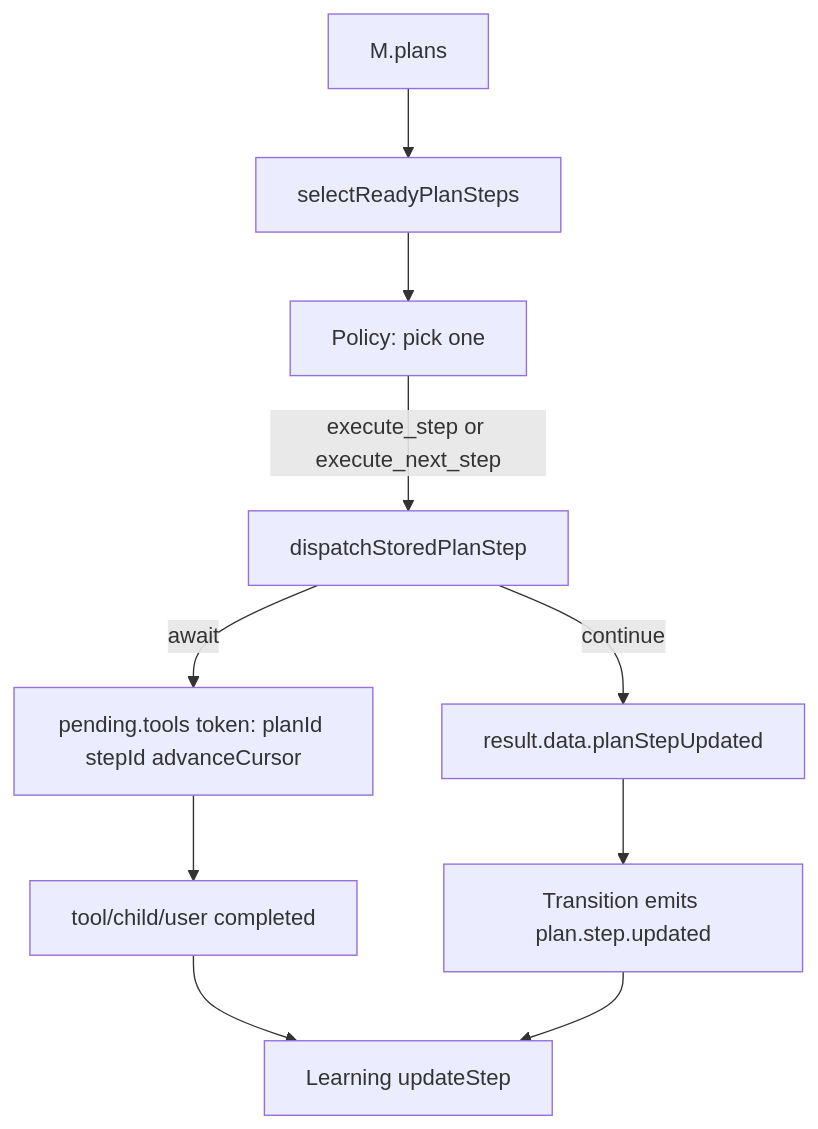
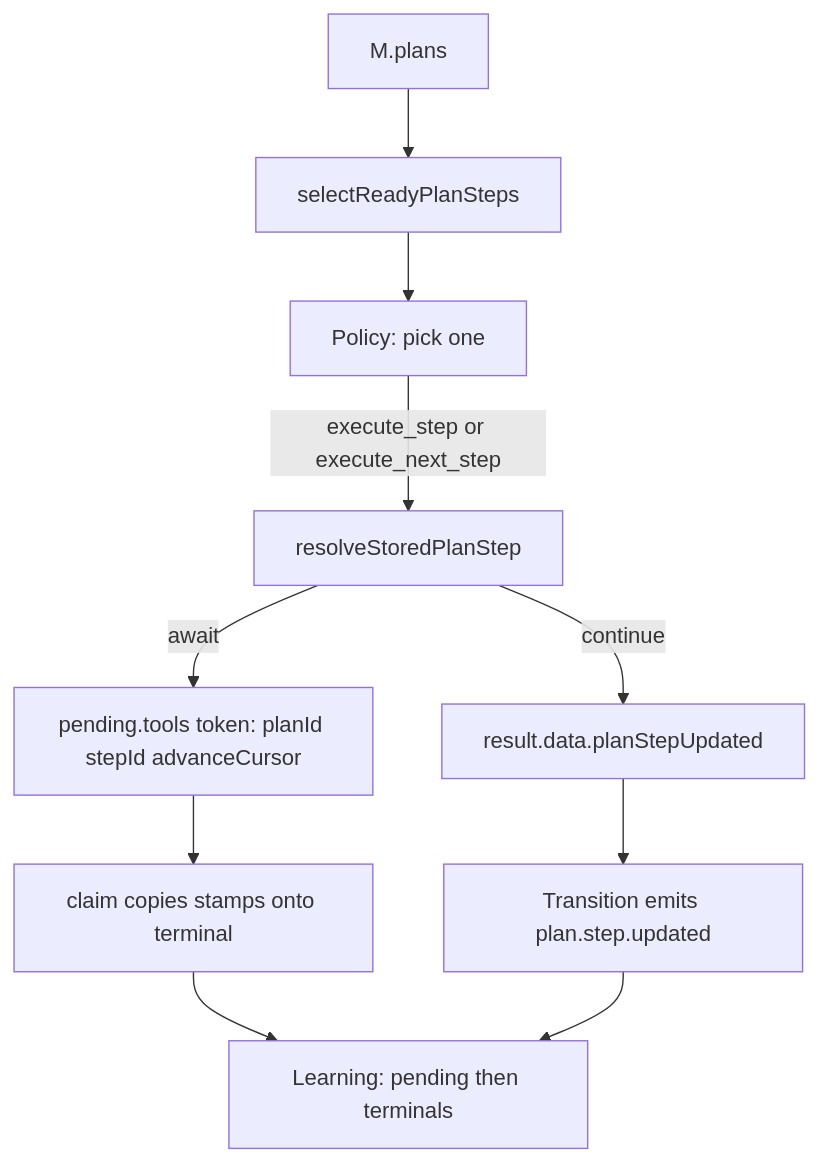
Before and after one commit to a2arium/callAgent: the diagram in apps/docs/planning-harness/specs/execute-step-intent.md, drawn with Mermaid. The commit also changed other lines of this file and 72 other files, not shown here.

First line of the commit message:
feat(core): make one Plan schema the runtime truth

````diff
--- a/apps/docs/planning-harness/specs/execute-step-intent.md
+++ b/apps/docs/planning-harness/specs/execute-step-intent.md
@@ -45,12 +45,12 @@
 ```mermaid
 flowchart TD
   M["M.plans"] --> H[selectReadyPlanSteps]
   H --> P[Policy: pick one]
-  P -->|execute_step or execute_next_step| D[dispatchStoredPlanStep]
+  P -->|execute_step or execute_next_step| D[resolveStoredPlanStep]
   D -->|await| Pend["pending.tools token: planId stepId advanceCursor"]
   D -->|continue| SU[result.data.planStepUpdated]
-  Pend --> T[tool/child/user completed]
-  T --> L[Learning updateStep]
+  Pend --> Claim[claim copies stamps onto terminal]
+  Claim --> L[Learning: pending then terminals]
   SU --> Tr[Transition emits plan.step.updated]
   Tr --> L
 ```
````
